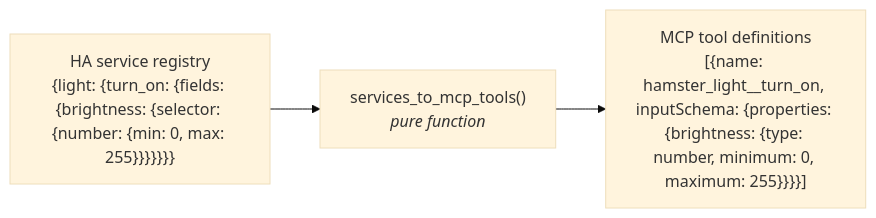
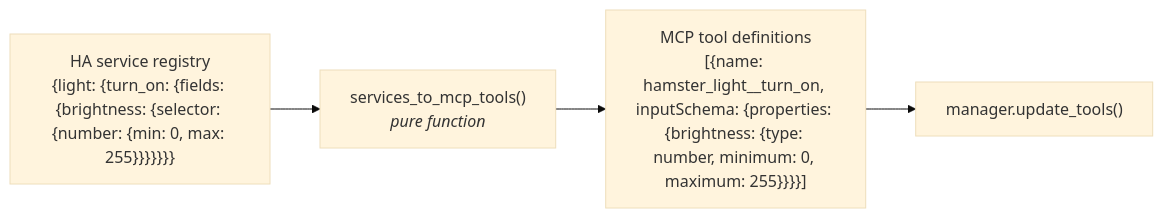
Before and after one commit to altendky/hamster-mcp: the sixth of 6 diagrams in docs/src/project/data-flow.md, drawn with Mermaid (base theme). The commit also changed other lines of this file and 4 other files, not shown here.

````diff
--- a/docs/src/project/data-flow.md
+++ b/docs/src/project/data-flow.md
@@ -138,8 +137,9 @@
 ```mermaid
 flowchart LR
     input["HA service registry<br/>{light: {turn_on: {fields: {brightness: {selector: {number: {min: 0, max: 255}}}}}}}"]
     fn["services_to_mcp_tools()<br/><i>pure function</i>"]
     output["MCP tool definitions<br/>[{name: hamster_light__turn_on, inputSchema: {properties: {brightness: {type: number, minimum: 0, maximum: 255}}}}]"]
+    cache["manager.update_tools()"]
 
-    input --> fn --> output
+    input --> fn --> output --> cache
 ```
````
